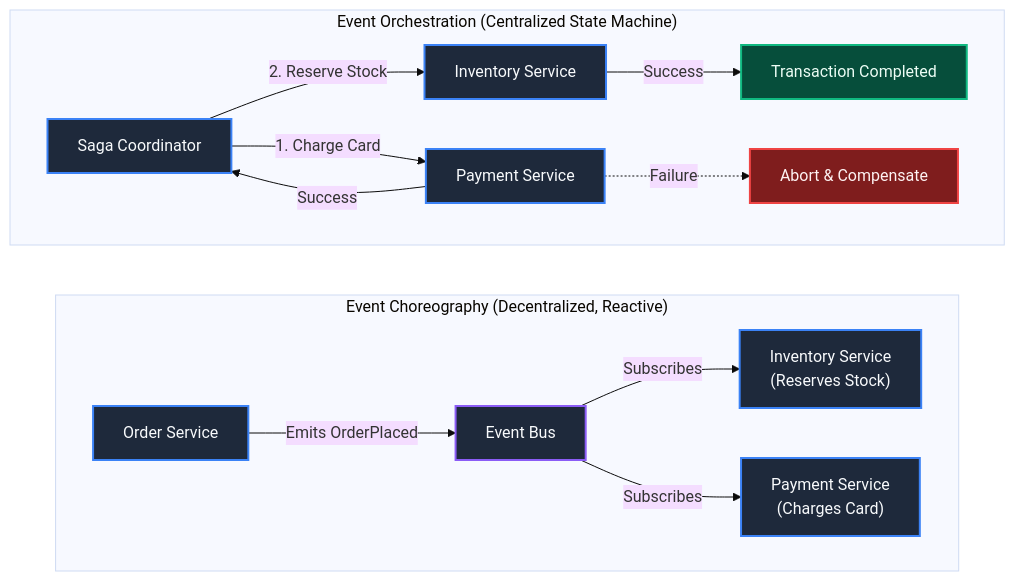
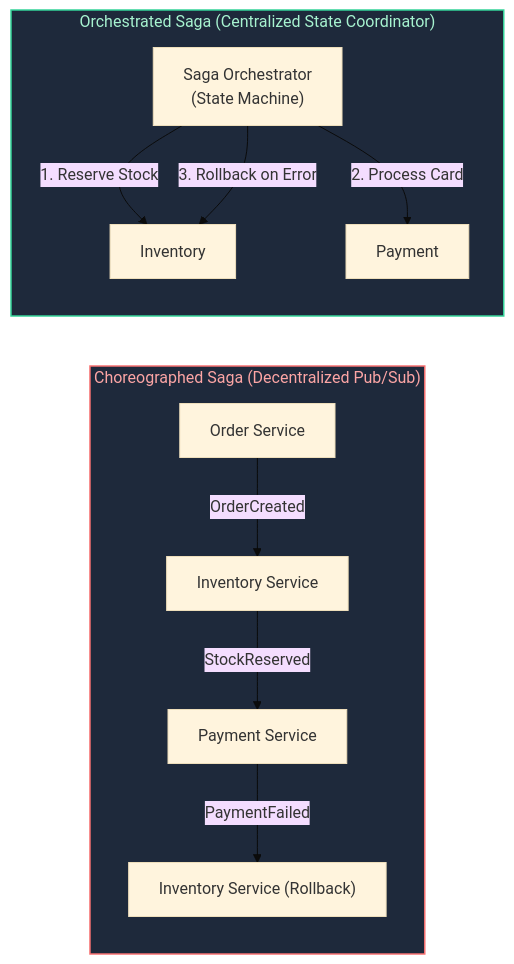
Before and after one commit to joydeep-biswas/Interview-Preparation: the ninth of 12 diagrams in Cloud Engineering/13_serverless_and_cloud_native_architecture.md, drawn with Mermaid (base theme). The commit also changed other lines of this file and 143 other files, not shown here.

````diff
--- a/Cloud Engineering/13_serverless_and_cloud_native_architecture.md
+++ b/Cloud Engineering/13_serverless_and_cloud_native_architecture.md
@@ -180,28 +426,18 @@
 ```mermaid
 flowchart LR
-    subgraph Choreography["Event Choreography (Decentralized, Reactive)"]
-        direction LR
-        OS["Order Service"] -->|"Emits OrderPlaced"| EB["Event Bus"]
-        EB -->|"Subscribes"| Inv["Inventory Service<br/>(Reserves Stock)"]
-        EB -->|"Subscribes"| Pay["Payment Service<br/>(Charges Card)"]
+    subgraph Chor ["Choreographed Saga (Decentralized Pub/Sub)"]
+        OrderSvc["Order Service"] -->|"OrderCreated"| InvSvc["Inventory Service"]
+        InvSvc -->|"StockReserved"| PaySvc["Payment Service"]
+        PaySvc -->|"PaymentFailed"| InvSvcComp["Inventory Service (Rollback)"]
     end
 
-    subgraph Orchestration["Event Orchestration (Centralized State Machine)"]
-        direction LR
-        Saga["Saga Coordinator"] -->|"1. Charge Card"| PaySvc["Payment Service"]
-        PaySvc -->|"Success"| Saga
-        Saga -->|"2. Reserve Stock"| InvSvc["Inventory Service"]
-        InvSvc -->|"Success"| Complete["Transaction Completed"]
-        PaySvc -.->|"Failure"| Rollback["Abort & Compensate"]
+    subgraph Orch ["Orchestrated Saga (Centralized State Coordinator)"]
+        SagaCoordinator2["Saga Orchestrator<br/>(State Machine)"]
+        SagaCoordinator2 -->|"1. Reserve Stock"| S1["Inventory"]
+        SagaCoordinator2 -->|"2. Process Card"| S2["Payment"]
+        SagaCoordinator2 -->|"3. Rollback on Error"| S1
     end
 
-    classDef comp fill:#1e293b,stroke:#3b82f6,stroke-width:2px,color:#f8fafc;
-    classDef bus fill:#1e293b,stroke:#8b5cf6,stroke-width:2px,color:#f8fafc;
-    classDef ok fill:#064e3b,stroke:#10b981,stroke-width:2px,color:#ecfdf5;
-    classDef fail fill:#7f1d1d,stroke:#ef4444,stroke-width:2px,color:#fef2f2;
-
-    class OS,Inv,Pay,Saga,PaySvc,InvSvc comp;
-    class EB bus;
-    class Complete ok;
-    class Rollback fail;
+    style Chor fill:#1e293b,stroke:#f87171,stroke-width:1.5px,color:#fca5a5
+    style Orch fill:#1e293b,stroke:#34d399,stroke-width:1.5px,color:#a7f3d0
 ```
````
